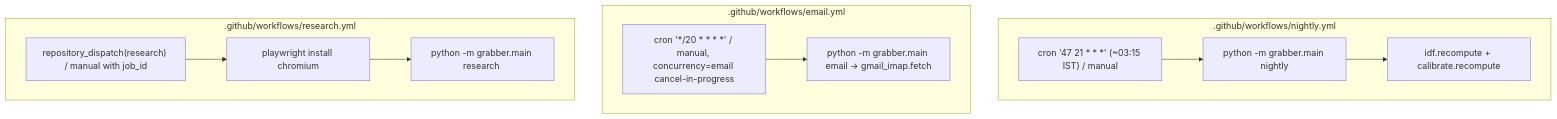
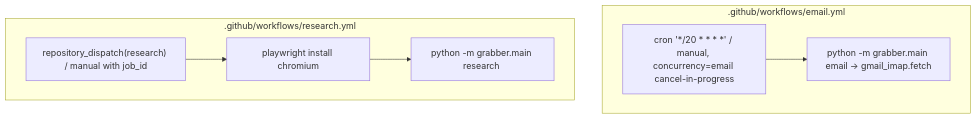
The third of 5 diagrams in docs/08-api-and-ops.md (saquibjawedbit/grabber), drawn with Mermaid before and after one commit. The commit also changed other lines of this file and 25 other files, not shown here.

````diff
--- a/docs/08-api-and-ops.md
+++ b/docs/08-api-and-ops.md
@@ -99,17 +97,12 @@
 ```mermaid
 flowchart TB
-  subgraph nightly[".github/workflows/nightly.yml"]
-    n1["cron '47 21 * * *' (~03:15 IST) / manual"]
-    n1 --> n2["python -m grabber.main nightly"]
-    n2 --> n3["idf.recompute + calibrate.recompute"]
-  end
   subgraph email[".github/workflows/email.yml"]
     e1["cron '*/20 * * * *' / manual, concurrency=email cancel-in-progress"]
     e1 --> e2["python -m grabber.main email → gmail_imap.fetch"]
   end
   subgraph research[".github/workflows/research.yml"]
     r1["repository_dispatch(research) / manual with job_id"]
     r1 --> r2["playwright install chromium"]
     r2 --> r3["python -m grabber.main research <job_id>"]
   end
 ```
````
